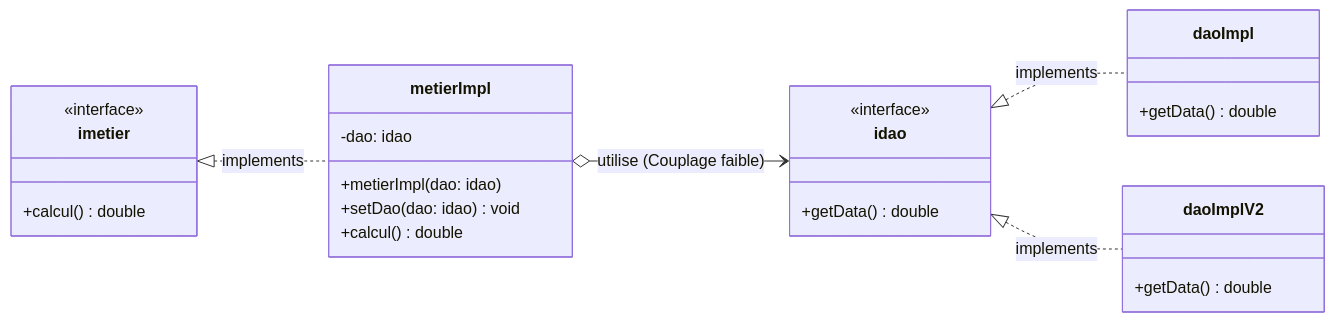
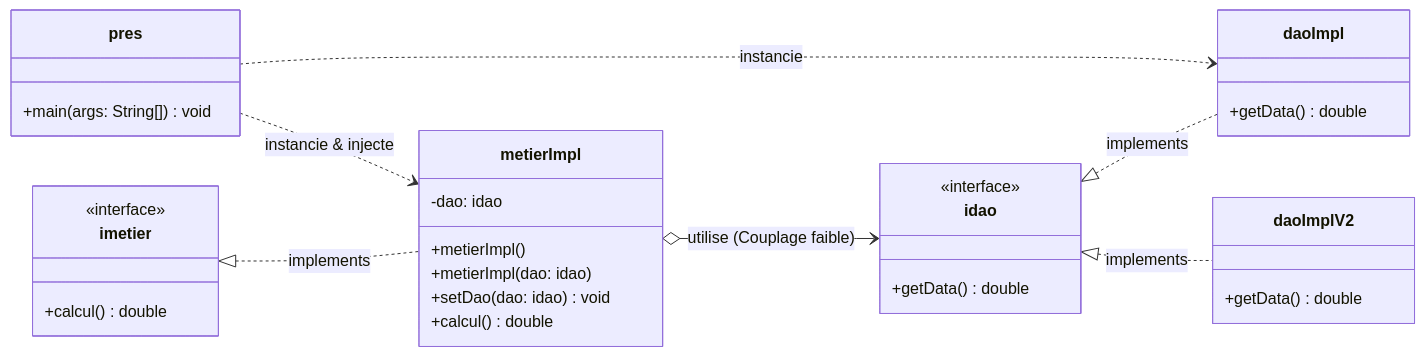
Before and after one commit to Ilyas-SEKHSOUKHI/Activite-Pratique-1-Injection-Dependances: the diagram in README.md, drawn with Mermaid. The commit also changed other lines of this file, not shown here.

````diff
--- a/README.md
+++ b/README.md
@@ -37,34 +46,41 @@
 ```mermaid
 classDiagram
     direction LR
 
     class idao {
         <<interface>>
         +getData() double
     }
 
     class daoImpl {
         +getData() double
     }
 
     class daoImplV2 {
         +getData() double
     }
 
     class imetier {
         <<interface>>
         +calcul() double
     }
 
     class metierImpl {
         -dao: idao
+        +metierImpl()
         +metierImpl(dao: idao)
         +setDao(dao: idao) void
         +calcul() double
+    }
+
+    class pres {
+        +main(args: String[]) void
     }
 
     idao <|.. daoImpl : implements
     idao <|.. daoImplV2 : implements
     imetier <|.. metierImpl : implements
     metierImpl o--> idao : utilise (Couplage faible)
+    pres ..> metierImpl : instancie & injecte
+    pres ..> daoImpl : instancie
 ```
````
